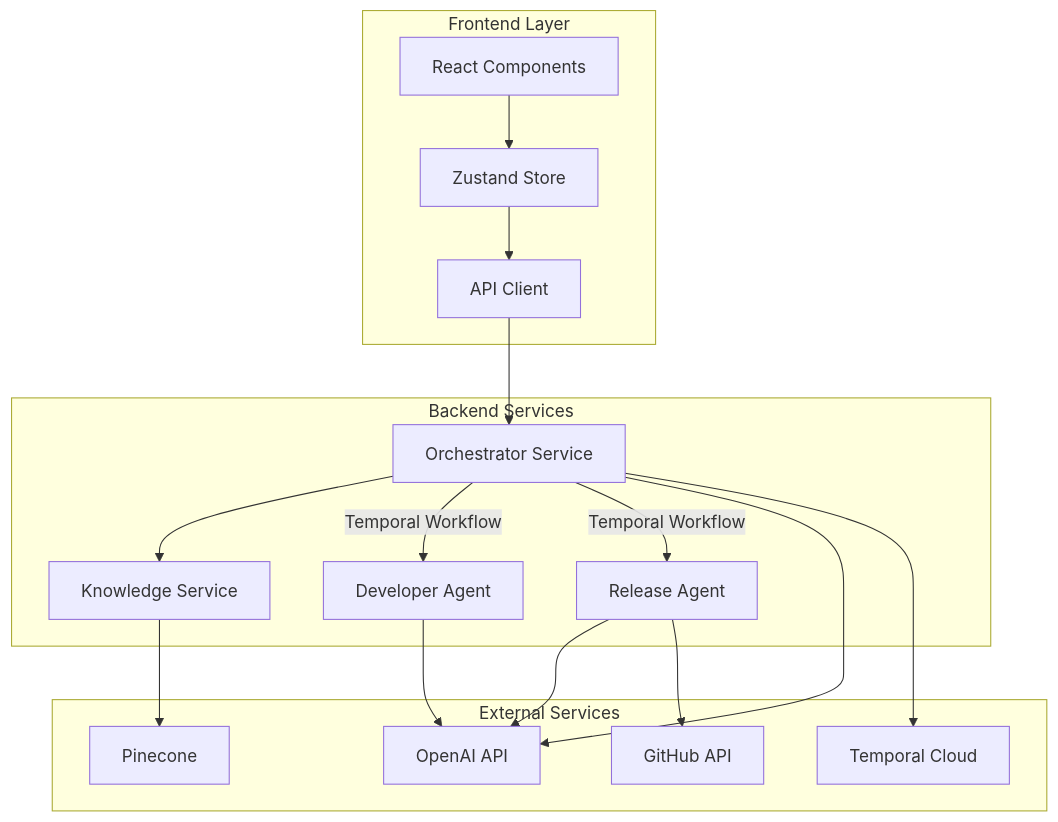
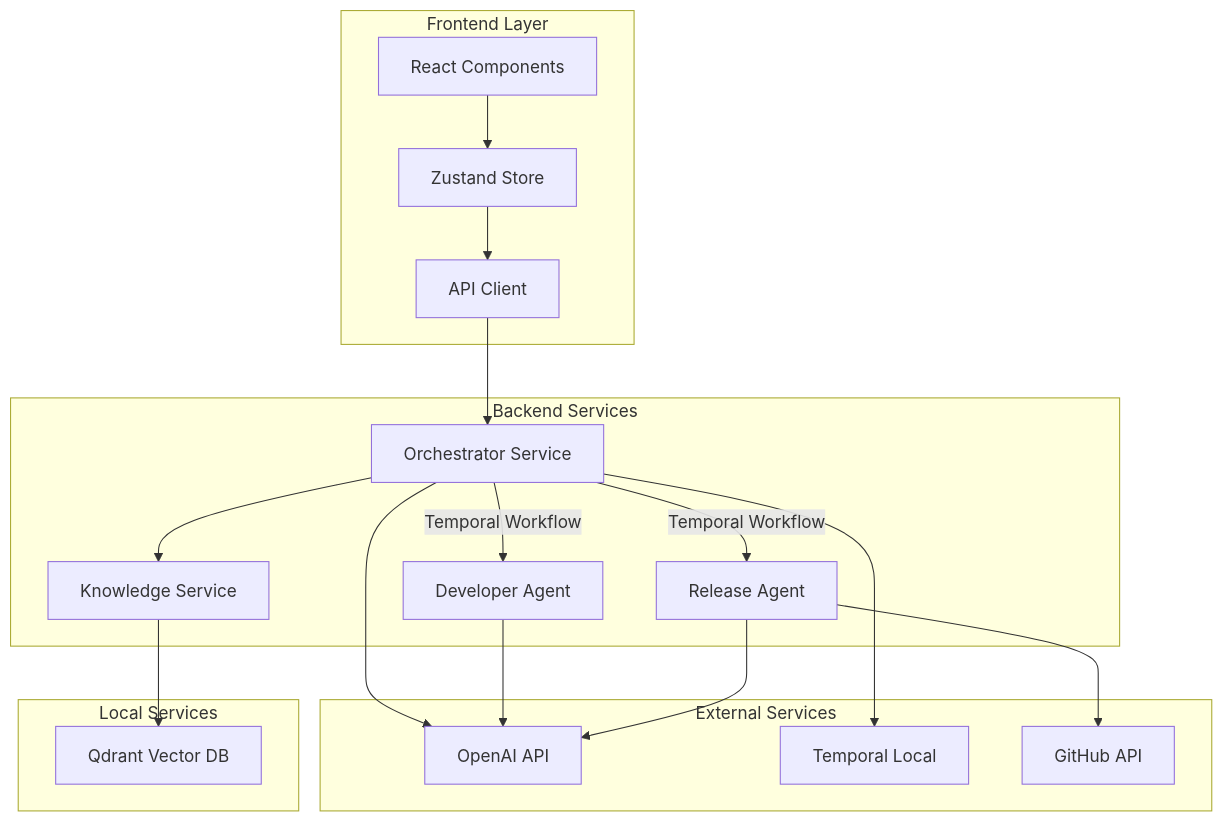
Before and after one commit to mylo-james/Orchestra: the diagram in docs/architecture/components.md, drawn with Mermaid. The commit also changed other lines of this file and 38 other files, not shown here.

First line of the commit message:
feat: migrate from Pinecone to Qdrant for local vector database

````diff
--- a/docs/architecture/components.md
+++ b/docs/architecture/components.md
@@ -75,38 +75,41 @@
 ```mermaid
 graph TB
     subgraph "Frontend Layer"
         UI[React Components]
         State[Zustand Store]
         API[API Client]
     end
 
     subgraph "Backend Services"
         Orch[Orchestrator Service]
         Dev[Developer Agent]
         Rel[Release Agent]
         Know[Knowledge Service]
     end
 
     subgraph "External Services"
         OpenAI[OpenAI API]
-        Temporal[Temporal Cloud]
-        Pinecone[Pinecone]
+        Temporal[Temporal Local]
         GitHub[GitHub API]
+    end
+
+    subgraph "Local Services"
+        Qdrant[Qdrant Vector DB]
     end
 
     UI --> State
     State --> API
     API --> Orch
 
     Orch --> Know
     Orch --> |Temporal Workflow| Dev
     Orch --> |Temporal Workflow| Rel
 
     Orch --> OpenAI
     Dev --> OpenAI
     Rel --> OpenAI
 
     Orch --> Temporal
-    Know --> Pinecone
+    Know --> Qdrant
     Rel --> GitHub
 ```
````
